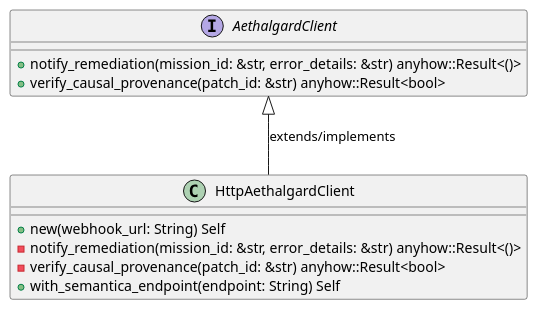
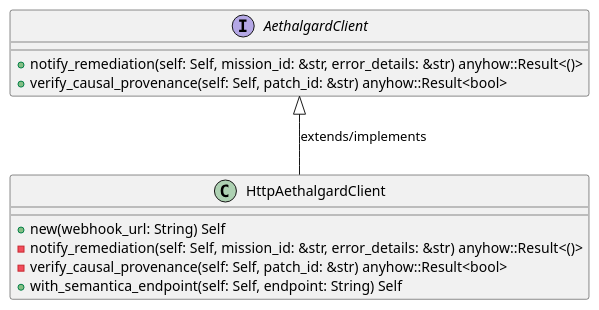
Before and after one commit to lgcorzo/rust_CACD_autonomous_factory: the first of 6 diagrams in openwiki/crates_factory_infrastructure_src_aethalgard.md, drawn with PlantUML. The commit also changed other lines of this file and 95 other files, not shown here.

````diff
--- a/openwiki/crates_factory_infrastructure_src_aethalgard.md
+++ b/openwiki/crates_factory_infrastructure_src_aethalgard.md
@@ -187,16 +190,16 @@
 ```plantuml
 @startuml
 interface AethalgardClient {
-    +notify_remediation(mission_id: &str, error_details: &str) anyhow::Result<()>
-    +verify_causal_provenance(patch_id: &str) anyhow::Result<bool>
+    +notify_remediation(self: Self, mission_id: &str, error_details: &str) anyhow::Result<()>
+    +verify_causal_provenance(self: Self, patch_id: &str) anyhow::Result<bool>
 }
 class HttpAethalgardClient {
     +new(webhook_url: String) Self
-    -notify_remediation(mission_id: &str, error_details: &str) anyhow::Result<()>
-    -verify_causal_provenance(patch_id: &str) anyhow::Result<bool>
-    +with_semantica_endpoint(endpoint: String) Self
+    -notify_remediation(self: Self, mission_id: &str, error_details: &str) anyhow::Result<()>
+    -verify_causal_provenance(self: Self, patch_id: &str) anyhow::Result<bool>
+    +with_semantica_endpoint(self: Self, endpoint: String) Self
 }
 AethalgardClient <|-- HttpAethalgardClient : extends/implements
 @enduml
 
 ```
````
